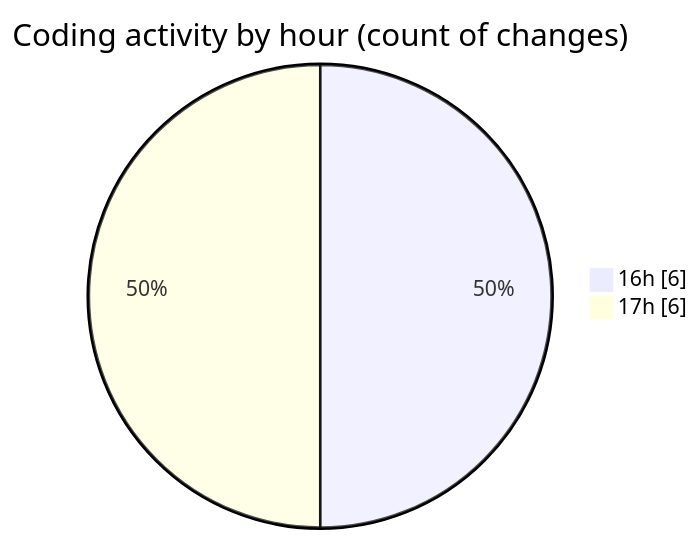
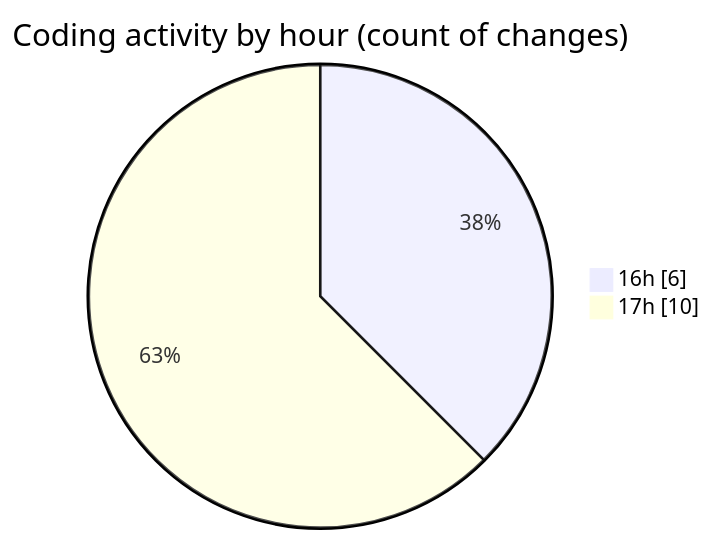
Before and after one commit to idhammustaqopulfikri/code-tracking: the second of 2 diagrams in 2025-06-22/studio-backend/README.md, drawn with Mermaid. The commit also changed other lines of this file and 1 other file, not shown here.

````diff
--- a/2025-06-22/studio-backend/README.md
+++ b/2025-06-22/studio-backend/README.md
@@ -34,6 +34,6 @@
 ```mermaid
 pie showData
 title Coding activity by hour (count of changes)
 "16h" : 6
-"17h" : 6
+"17h" : 10
 ```
````
